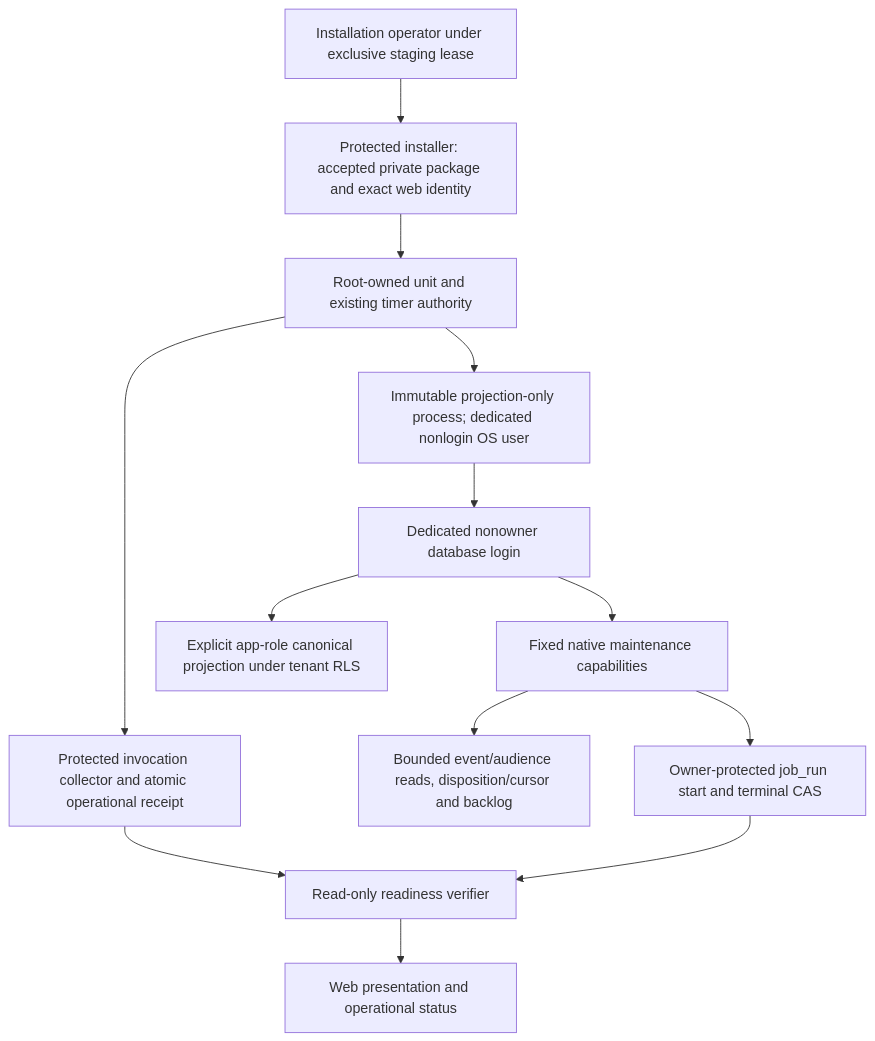
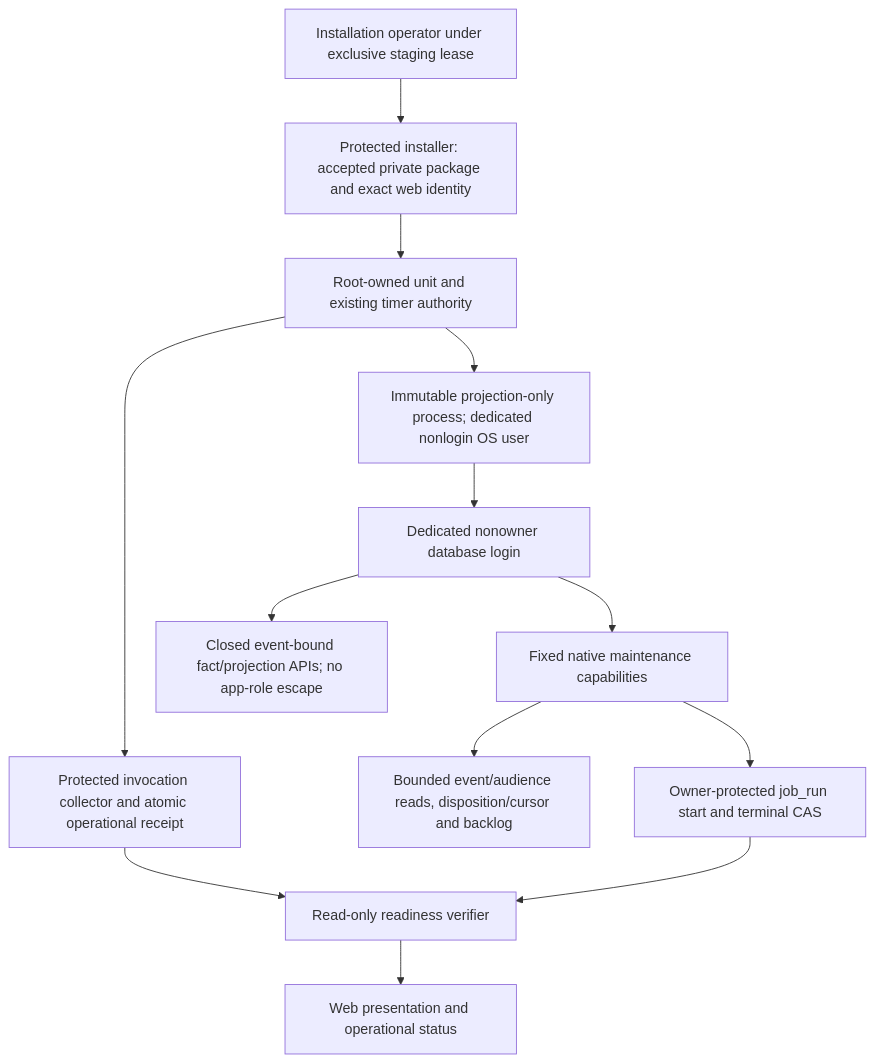
One commit to StradaverseHub/ai-hr changed the diagram in docs/architecture/NOTIFICATION-WORKER-COMMISSIONING-PROPOSAL.md. Above: the diagram before and after it, drawn with Mermaid. The commit also changed other lines of this file and 2 other files, not shown here.

````diff
--- a/docs/architecture/NOTIFICATION-WORKER-COMMISSIONING-PROPOSAL.md
+++ b/docs/architecture/NOTIFICATION-WORKER-COMMISSIONING-PROPOSAL.md
@@ -48,15 +48,15 @@
 ```mermaid
 flowchart TD
   O[Installation operator under exclusive staging lease] --> I[Protected installer: accepted private package and exact web identity]
   I --> S[Root-owned unit and existing timer authority]
   S --> P[Immutable projection-only process; dedicated nonlogin OS user]
   P --> D[Dedicated nonowner database login]
   D --> N[Fixed native maintenance capabilities]
-  D --> A[Explicit app-role canonical projection under tenant RLS]
+  D --> A[Closed event-bound fact/projection APIs; no app-role escape]
   N --> J[Owner-protected job_run start and terminal CAS]
   N --> B[Bounded event/audience reads, disposition/cursor and backlog]
   S --> R[Protected invocation collector and atomic operational receipt]
   R --> V[Read-only readiness verifier]
   J --> V
   V --> W[Web presentation and operational status]
 ```
````
